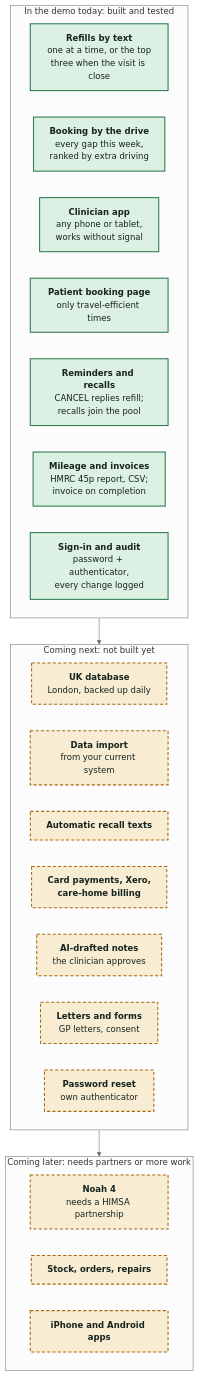
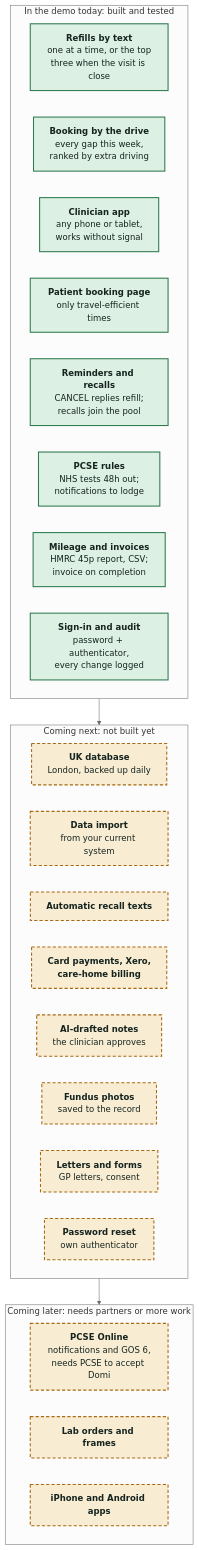
Before and after one commit to yameenbux/audiologydomi: the diagram in assets/diagrams/02-built-and-coming.mmd, drawn with Mermaid (neutral theme). The commit also changed 44 other files, not shown here.

```diff
--- a/assets/diagrams/02-built-and-coming.mmd
+++ b/assets/diagrams/02-built-and-coming.mmd
@@ -1,35 +1,37 @@
 flowchart TB
     subgraph NOW["In the demo today: built and tested"]
         direction LR
         A1["<b>Refills by text</b><br/>one at a time, or the top<br/>three when the visit is close"]
         A2["<b>Booking by the drive</b><br/>every gap this week,<br/>ranked by extra driving"]
         A3["<b>Clinician app</b><br/>any phone or tablet,<br/>works without signal"]
         A4["<b>Patient booking page</b><br/>only travel-efficient times"]
         A5["<b>Reminders and recalls</b><br/>CANCEL replies refill;<br/>recalls join the pool"]
+        A8["<b>PCSE rules</b><br/>NHS tests 48h out;<br/>notifications to lodge"]
         A6["<b>Mileage and invoices</b><br/>HMRC 45p report, CSV;<br/>invoice on completion"]
         A7["<b>Sign-in and audit</b><br/>password + authenticator,<br/>every change logged"]
     end
     subgraph NEXT["Coming next: not built yet"]
         direction LR
         B1["<b>UK database</b><br/>London, backed up daily"]
         B2["<b>Data import</b><br/>from your current system"]
         B3["<b>Automatic recall texts</b>"]
         B4["<b>Card payments, Xero,</b><br/><b>care-home billing</b>"]
         B5["<b>AI-drafted notes</b><br/>the clinician approves"]
+        B8["<b>Fundus photos</b><br/>saved to the record"]
         B6["<b>Letters and forms</b><br/>GP letters, consent"]
         B7["<b>Password reset</b><br/>own authenticator"]
     end
     subgraph LATER["Coming later: needs partners or more work"]
         direction LR
-        L1["<b>Noah 4</b><br/>needs a HIMSA partnership"]
-        L2["<b>Stock, orders, repairs</b>"]
+        L1["<b>PCSE Online</b><br/>notifications and GOS 6,<br/>needs PCSE to accept Domi"]
+        L2["<b>Lab orders and frames</b>"]
         L3["<b>iPhone and Android apps</b>"]
     end
     NOW --> NEXT --> LATER
 
     classDef core fill:#1E4D40,stroke:#E07B4F,stroke-width:3px,color:#FFFFFF
     classDef live fill:#DDF0E4,stroke:#2F7A4F,stroke-width:2px,color:#15241F
     classDef dev fill:#F8ECD3,stroke:#A86A12,stroke-width:2px,stroke-dasharray:6 4,color:#15241F
     classDef ext fill:#EBEFEA,stroke:#8A968F,stroke-width:1.5px,color:#15241F
-    class A1,A2,A3,A4,A5,A6,A7 live
-    class B1,B2,B3,B4,B5,B6,B7,L1,L2,L3 dev
+    class A1,A2,A3,A4,A5,A6,A7,A8 live
+    class B1,B2,B3,B4,B5,B6,B7,B8,L1,L2,L3 dev
```
